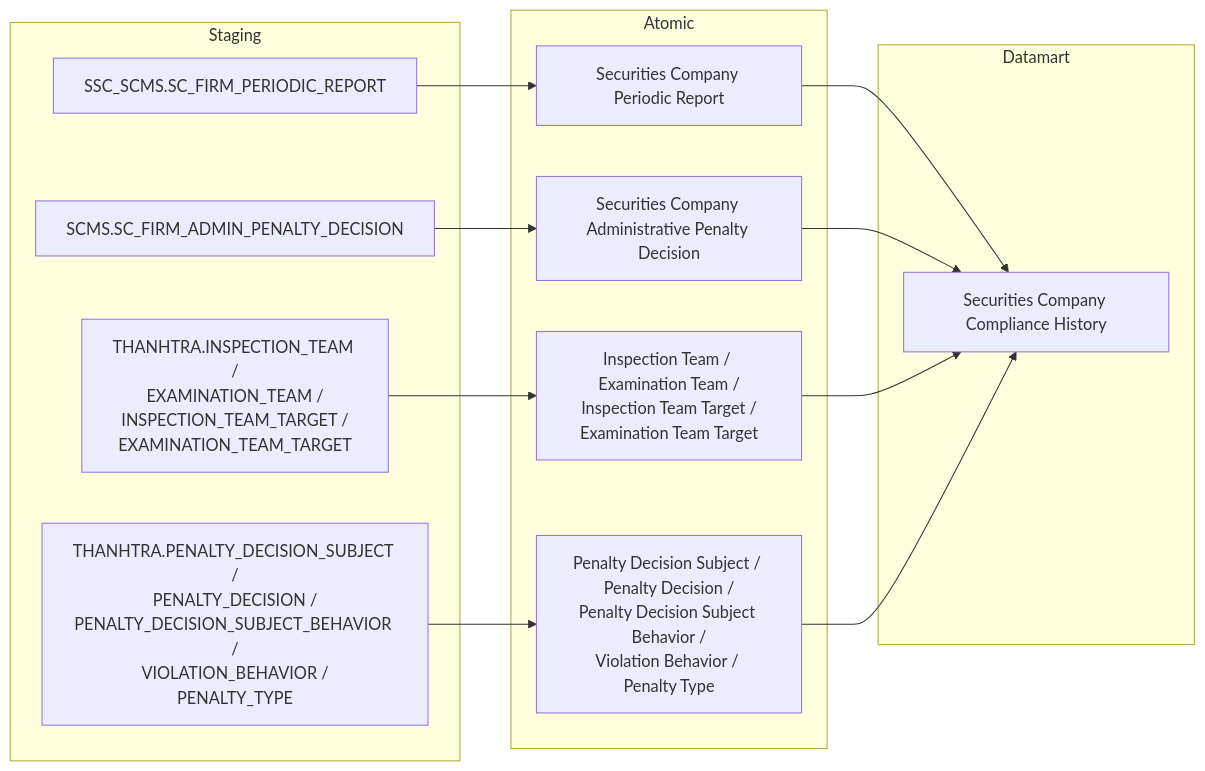
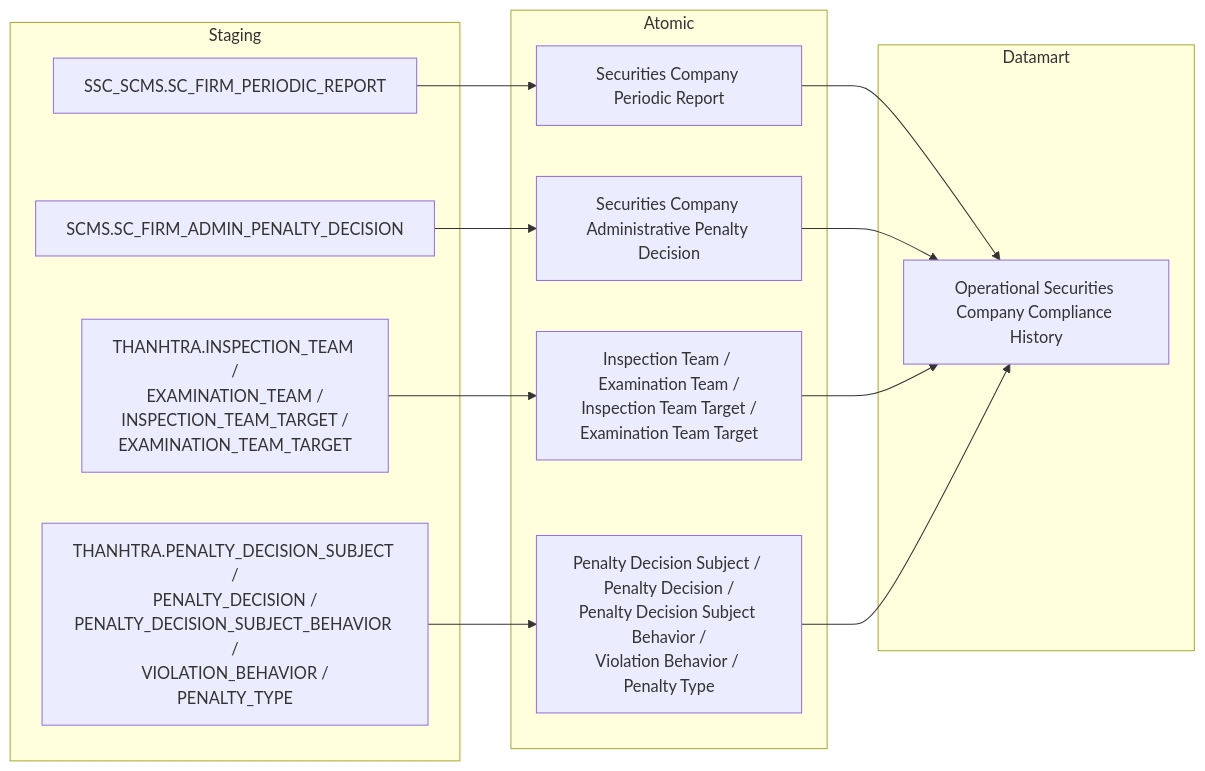
Before and after one commit to linhlvit/ubck_atomic_design: diagram 14 of 32 in Datamart/hld/DTM_QLKD_HLD.md, drawn with Mermaid. The commit also changed other lines of this file and 62 other files, not shown here.

````diff
--- a/Datamart/hld/DTM_QLKD_HLD.md
+++ b/Datamart/hld/DTM_QLKD_HLD.md
@@ -543,30 +546,30 @@
 ```mermaid
 flowchart LR
     subgraph SRC["Staging"]
         S1["SSC_SCMS.SC_FIRM_PERIODIC_REPORT"]
         S1b["SCMS.SC_FIRM_ADMIN_PENALTY_DECISION"]
         S2["THANHTRA.INSPECTION_TEAM /\nEXAMINATION_TEAM /\nINSPECTION_TEAM_TARGET /\nEXAMINATION_TEAM_TARGET"]
         S3["THANHTRA.PENALTY_DECISION_SUBJECT /\nPENALTY_DECISION /\nPENALTY_DECISION_SUBJECT_BEHAVIOR /\nVIOLATION_BEHAVIOR /\nPENALTY_TYPE"]
     end
 
     subgraph SIL["Atomic"]
         SV1["Securities Company Periodic Report"]
         SV1b["Securities Company Administrative Penalty Decision"]
         SV2["Inspection Team / Examination Team /\nInspection Team Target /\nExamination Team Target"]
         SV3["Penalty Decision Subject / Penalty Decision /\nPenalty Decision Subject Behavior /\nViolation Behavior / Penalty Type"]
     end
 
     subgraph Datamart["Datamart"]
-        G1["Securities Company Compliance History"]
+        G1["Operational Securities Company Compliance History"]
     end
 
     S1 --> SV1
     S1b --> SV1b
     S2 --> SV2
     S3 --> SV3
 
     SV1 --> G1
     SV1b --> G1
     SV2 --> G1
     SV3 --> G1
 ```
````
